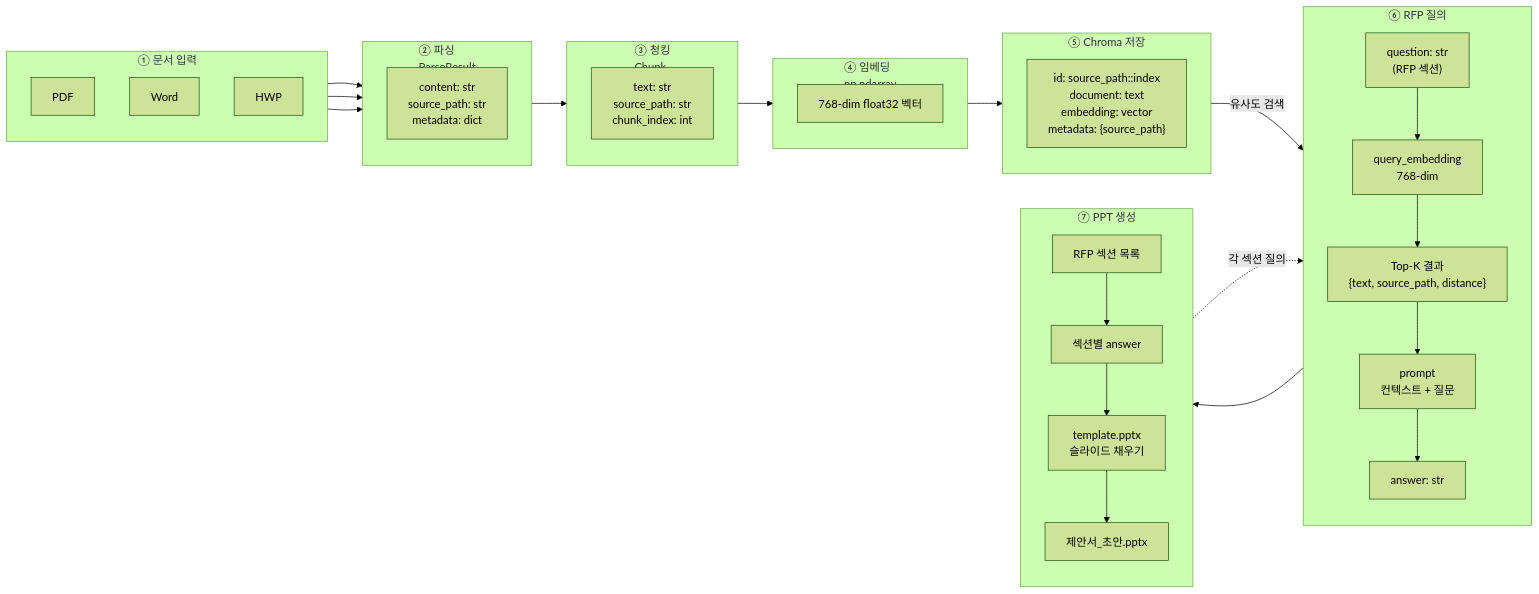
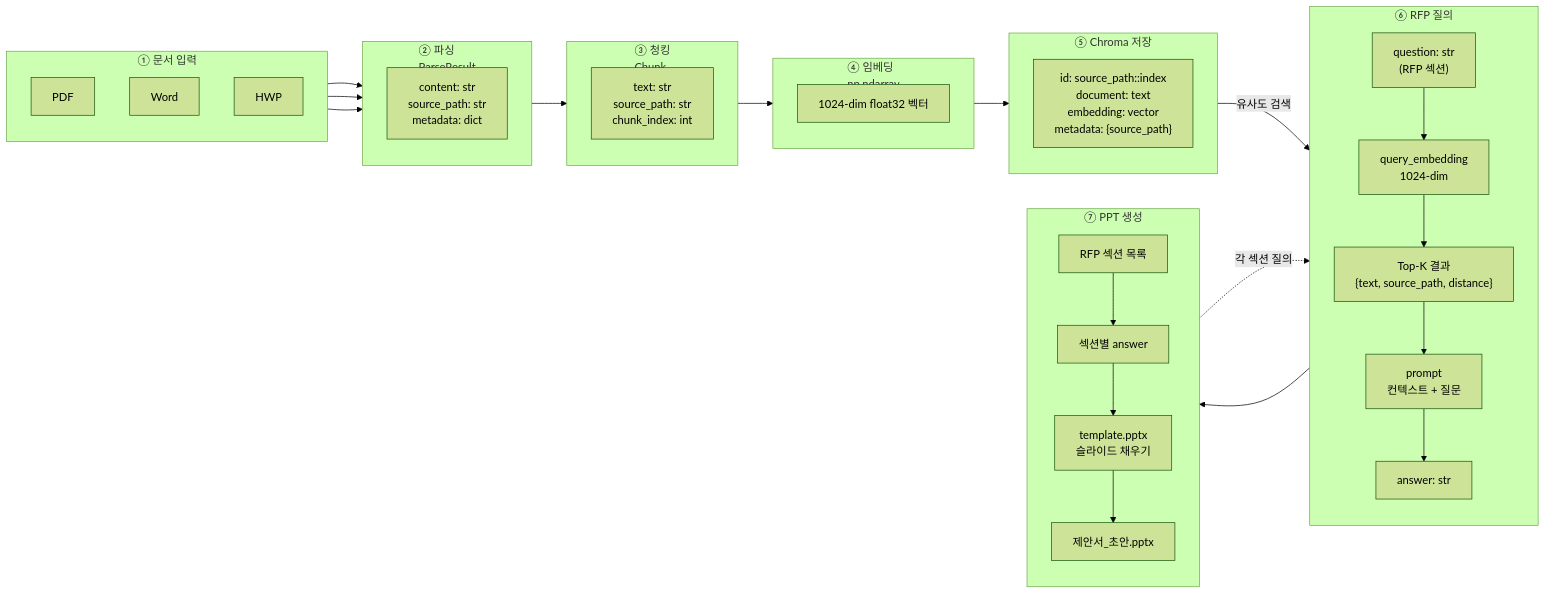
Before and after one commit to algum1737/ragSystem_codex: the third of 3 diagrams in docs/architecture.md, drawn with Mermaid (forest theme). The commit also changed other lines of this file and 7 other files, not shown here.

Commit message:
docs: consolidate architecture documents

````diff
--- a/docs/architecture.md
+++ b/docs/architecture.md
@@ -111,53 +113,53 @@
 ```mermaid
 flowchart LR
     subgraph A["① 문서 입력"]
         direction TB
         a1["PDF"]
         a2["Word"]
         a3["HWP"]
     end
 
     subgraph B["② 파싱\nParseResult"]
         direction TB
         b1["content: str\nsource_path: str\nmetadata: dict"]
     end
 
     subgraph C["③ 청킹\nChunk"]
         direction TB
         c1["text: str\nsource_path: str\nchunk_index: int"]
     end
 
     subgraph D["④ 임베딩\nnp.ndarray"]
         direction TB
-        d1["768-dim float32 벡터"]
+        d1["1024-dim float32 벡터"]
     end
 
     subgraph E["⑤ Chroma 저장"]
         direction TB
         e1["id: source_path::index\ndocument: text\nembedding: vector\nmetadata: {source_path}"]
     end
 
     subgraph F["⑥ RFP 질의"]
         direction TB
         f1["question: str\n(RFP 섹션)"]
-        f2["query_embedding\n768-dim"]
+        f2["query_embedding\n1024-dim"]
         f3["Top-K 결과\n{text, source_path, distance}"]
         f4["prompt\n컨텍스트 + 질문"]
         f5["answer: str"]
         f1 --> f2 --> f3 --> f4 --> f5
     end
 
     subgraph G["⑦ PPT 생성"]
         direction TB
         g1["RFP 섹션 목록"]
         g2["섹션별 answer"]
         g3["template.pptx\n슬라이드 채우기"]
         g4["제안서_초안.pptx"]
         g1 --> g2 --> g3 --> g4
     end
 
     a1 & a2 & a3 --> B --> C --> D --> E
     E -->|"유사도 검색"| f3
     f5 --> g2
     g1 -.->|"각 섹션 질의"| f1
 ```
````
